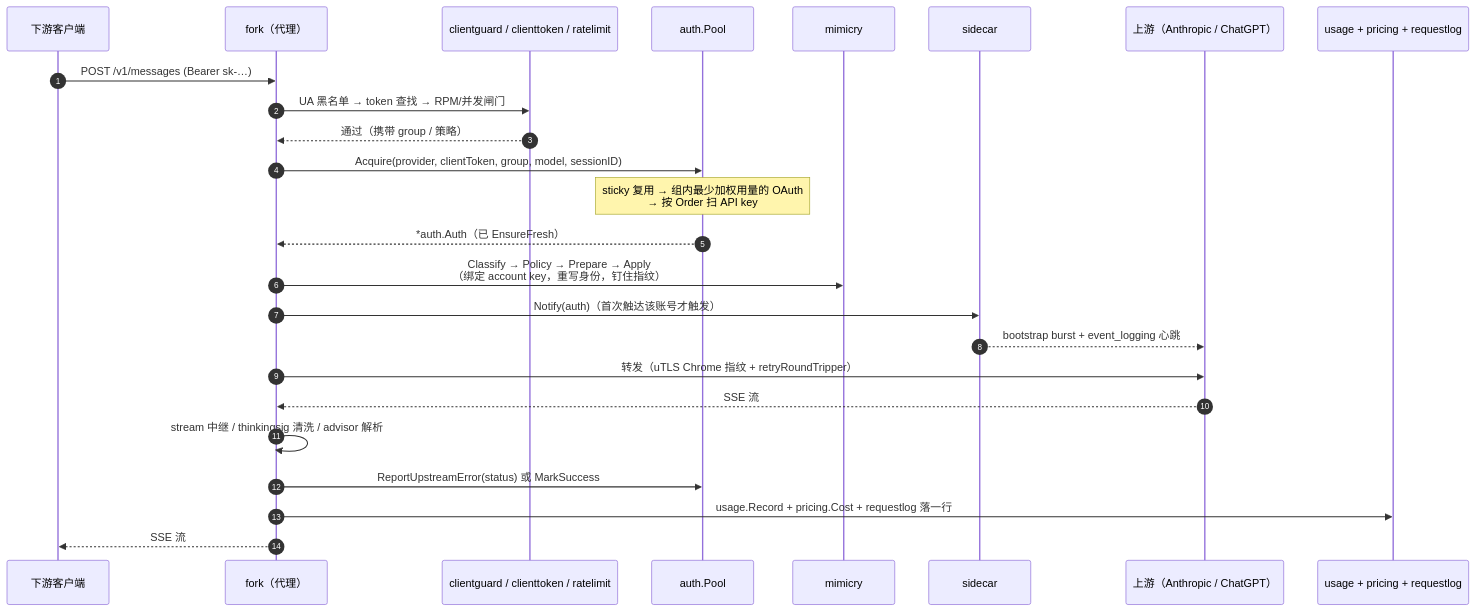
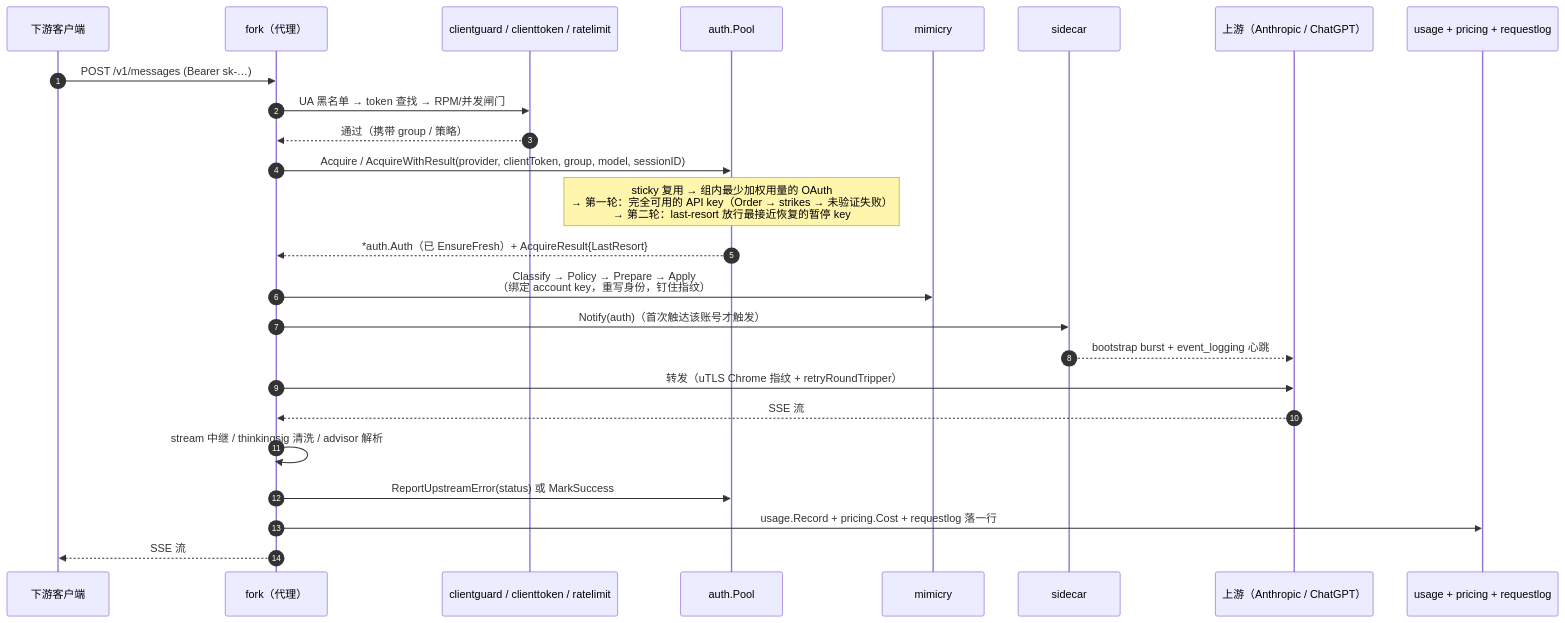
Before and after one commit to wjsoj/cc-core: the second of 2 diagrams in docs/wiki/Architecture.md, drawn with Mermaid. The commit also changed other lines of this file and 10 other files, not shown here.

````diff
--- a/docs/wiki/Architecture.md
+++ b/docs/wiki/Architecture.md
@@ -105,28 +105,28 @@
 ```mermaid
 sequenceDiagram
   autonumber
   participant C as 下游客户端
   participant F as fork（代理）
   participant CG as clientguard / clienttoken / ratelimit
   participant P as auth.Pool
   participant M as mimicry
   participant S as sidecar
   participant U as 上游（Anthropic / ChatGPT）
   participant L as usage + pricing + requestlog
 
   C->>F: POST /v1/messages (Bearer sk-…)
   F->>CG: UA 黑名单 → token 查找 → RPM/并发闸门
   CG-->>F: 通过（携带 group / 策略）
-  F->>P: Acquire(provider, clientToken, group, model, sessionID)
-  Note over P: sticky 复用 → 组内最少加权用量的 OAuth<br/>→ 按 Order 扫 API key
-  P-->>F: *auth.Auth（已 EnsureFresh）
+  F->>P: Acquire / AcquireWithResult(provider, clientToken, group, model, sessionID)
+  Note over P: sticky 复用 → 组内最少加权用量的 OAuth<br/>→ 第一轮：完全可用的 API key（Order → strikes → 未验证失败）<br/>→ 第二轮：last-resort 放行最接近恢复的暂停 key
+  P-->>F: *auth.Auth（已 EnsureFresh）+ AcquireResult{LastResort}
   F->>M: Classify → Policy → Prepare → Apply<br/>（绑定 account key，重写身份，钉住指纹）
   F->>S: Notify(auth)（首次触达该账号才触发）
   S-->>U: bootstrap burst + event_logging 心跳
   F->>U: 转发（uTLS Chrome 指纹 + retryRoundTripper）
   U-->>F: SSE 流
   F->>F: stream 中继 / thinkingsig 清洗 / advisor 解析
   F->>P: ReportUpstreamError(status) 或 MarkSuccess
   F->>L: usage.Record + pricing.Cost + requestlog 落一行
   F-->>C: SSE 流
 ```
````
